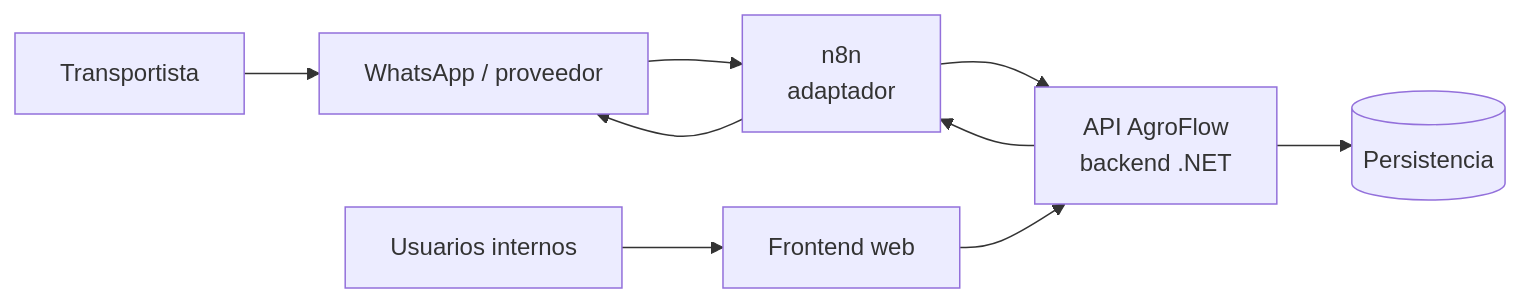
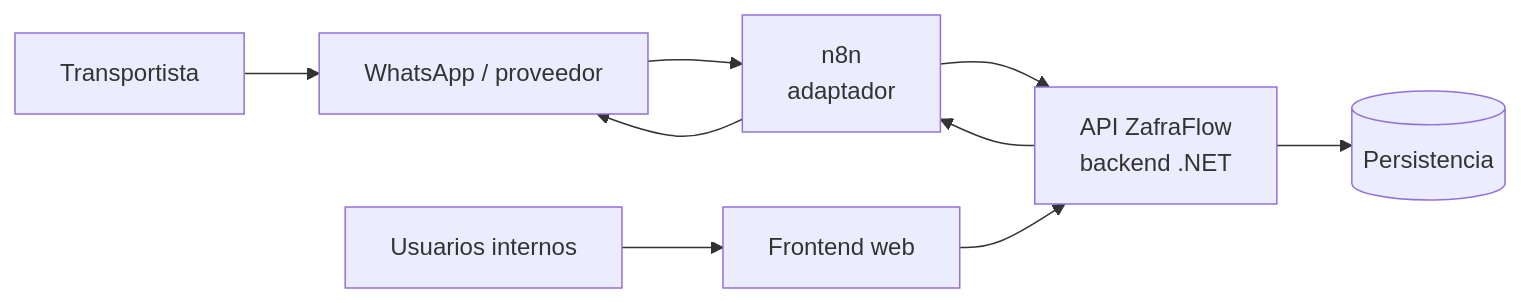
The diagram in docs/architecture/system-context.md (agustinvallante/AgroFlow), drawn with Mermaid before and after one commit. The commit also changed other lines of this file and 95 other files, not shown here.

Commit message:
chore: renombrar AgroFlow a ZafraFlow en textos visibles y documentacion

````diff
--- a/docs/architecture/system-context.md
+++ b/docs/architecture/system-context.md
@@ -25,11 +25,11 @@
 ```mermaid
 flowchart LR
     T[Transportista] --> W[WhatsApp / proveedor]
     W --> N[n8n<br/>adaptador]
-    N --> A[API AgroFlow<br/>backend .NET]
+    N --> A[API ZafraFlow<br/>backend .NET]
     U[Usuarios internos] --> F[Frontend web]
     F --> A
     A --> D[(Persistencia)]
     A --> N
     N --> W
 ```
````
